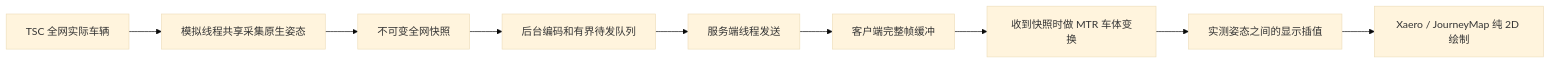
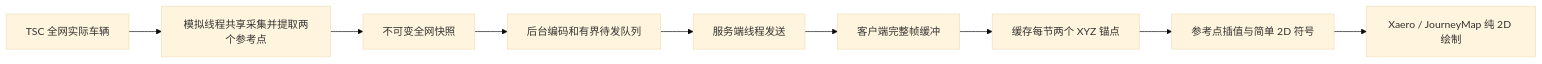
Before and after one commit to teamCreating/MTR-Map-Overlay: the diagram in docs/plans/global-train-sync.md, drawn with Mermaid (base theme). The commit also changed other lines of this file and 5 other files, not shown here.

````diff
--- a/docs/plans/global-train-sync.md
+++ b/docs/plans/global-train-sync.md
@@ -47,11 +47,11 @@
 ```mermaid
 flowchart LR
-    T[TSC 全网实际车辆] --> C[模拟线程共享采集原生姿态]
+    T[TSC 全网实际车辆] --> C[模拟线程共享采集并提取两个参考点]
     C --> S[不可变全网快照]
     S --> E[后台编码和有界待发队列]
     E --> N[服务端线程发送]
     N --> B[客户端完整帧缓冲]
-    B --> M[收到快照时做 MTR 车体变换]
-    M --> I[实测姿态之间的显示插值]
+    B --> M[缓存每节两个 XYZ 锚点]
+    M --> I[参考点插值与简单 2D 符号]
     I --> X[Xaero / JourneyMap 纯 2D 绘制]
 ```
````
